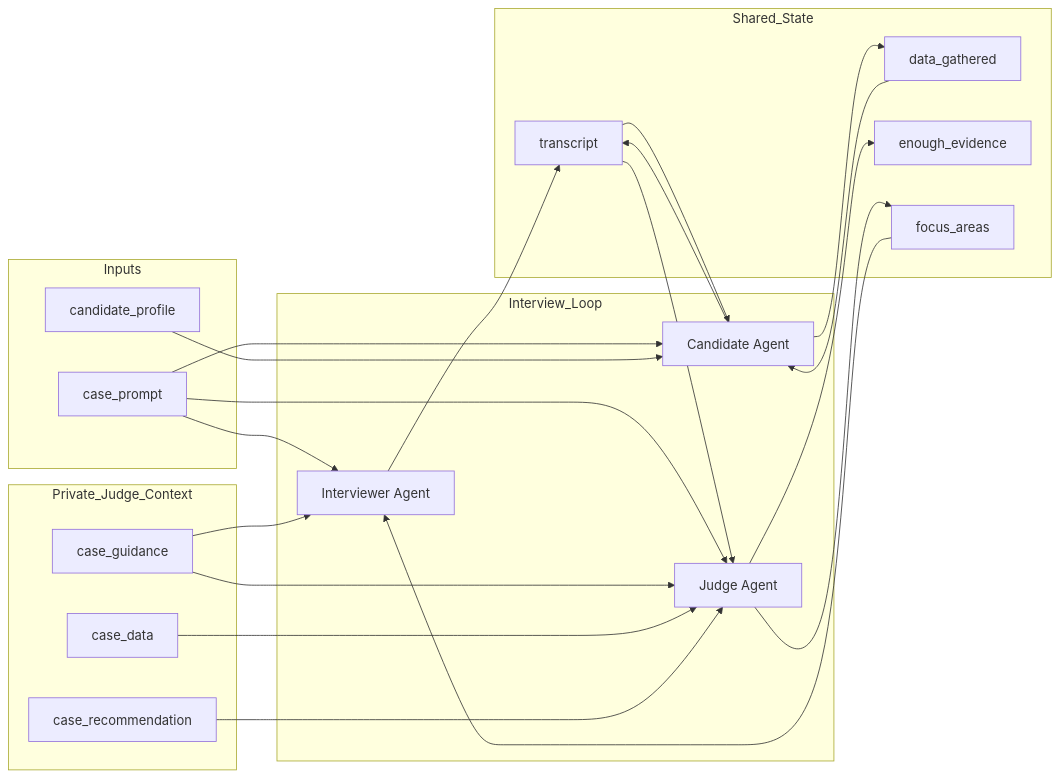
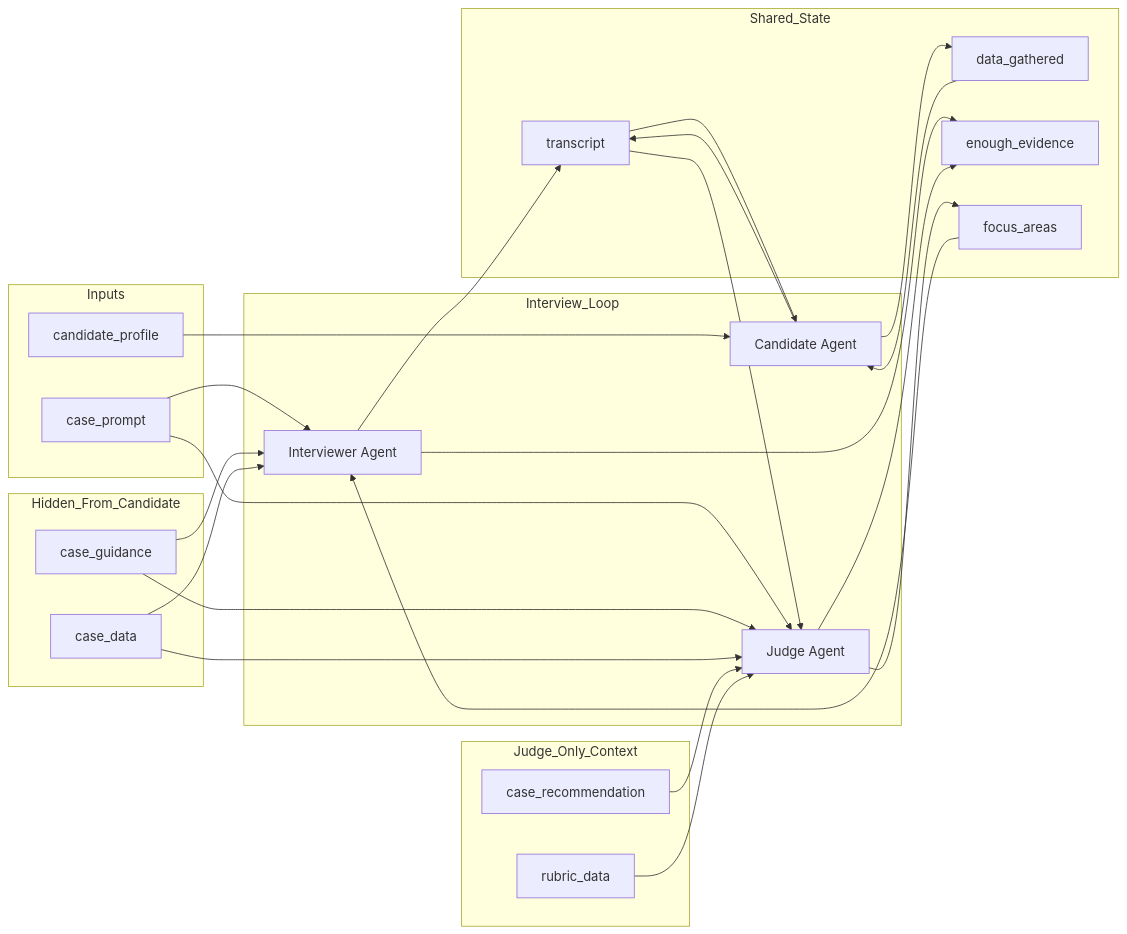
One commit to PPerezdeMadrid/agentic-case-interview-coach changed the third of 4 diagrams in doc/graph.md. Above: the diagram before and after it, drawn with Mermaid. The commit also changed other lines of this file and 28 other files, not shown here.

````diff
--- a/doc/graph.md
+++ b/doc/graph.md
@@ -96,46 +111,54 @@
 ```mermaid
 flowchart LR
     subgraph Inputs
         CP[case_prompt]
         PROF[candidate_profile]
     end
 
     subgraph Interview_Loop
         INT[Interviewer Agent]
         CAND[Candidate Agent]
         JUDGE[Judge Agent]
     end
 
-    subgraph Private_Judge_Context
+    subgraph Hidden_From_Candidate
         GUID[case_guidance]
         DATA[case_data]
+    end
+
+    subgraph Judge_Only_Context
         REC[case_recommendation]
+        RUBRIC[rubric_data]
     end
 
     subgraph Shared_State
         TR[transcript]
         DG[data_gathered]
         EV[enough_evidence]
         FA[focus_areas]
     end
 
     CP --> INT
-    CP --> CAND
     CP --> JUDGE
     PROF --> CAND
 
     INT --> TR
     CAND --> TR
     TR --> CAND
     DG --> CAND
     CAND --> DG
     TR --> JUDGE
+
     GUID --> INT
     GUID --> JUDGE
+    DATA --> INT
     DATA --> JUDGE
+
     REC --> JUDGE
+    RUBRIC --> JUDGE
 
+    INT --> EV
     JUDGE --> EV
     JUDGE --> FA
     FA --> INT
 ```
````
